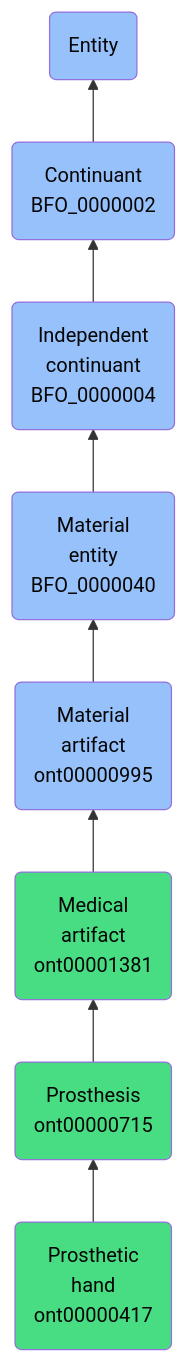
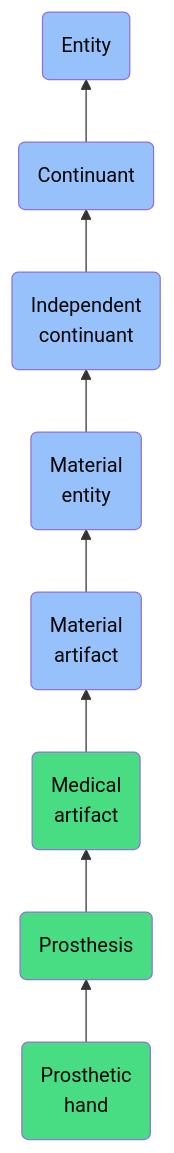
Before and after one commit to jupyter-naas/abi: the diagram in docs/ontology/reference/model/Entity/Continuant/Independent continuant/Material entity/Material artifact/Medical artifact/Prosthesis/Prosthetic hand/Prosthetic hand.md, drawn with Mermaid. The commit also changed other lines of this file and 1430 other files, not shown here.

````diff
--- a/docs/ontology/reference/model/Entity/Continuant/Independent continuant/Material entity/Material artifact/Medical artifact/Prosthesis/Prosthetic hand/Prosthetic hand.md
+++ b/docs/ontology/reference/model/Entity/Continuant/Independent continuant/Material entity/Material artifact/Medical artifact/Prosthesis/Prosthetic hand/Prosthetic hand.md
@@ -24,15 +24,15 @@
 ```mermaid
 graph BT
-    ont00000417(Prosthetic<br>hand<br>ont00000417):::ABI-->ont00000715
-    ont00000715(Prosthesis<br>ont00000715):::ABI-->ont00001381
-    ont00001381(Medical<br>artifact<br>ont00001381):::ABI-->ont00000995
-    ont00000995(Material<br>artifact<br>ont00000995):::BFO-->BFO_0000040
-    BFO_0000040(Material<br>entity<br>BFO_0000040):::BFO-->BFO_0000004
-    BFO_0000004(Independent<br>continuant<br>BFO_0000004):::BFO-->BFO_0000002
-    BFO_0000002(Continuant<br>BFO_0000002):::BFO-->BFO_0000001
+    ont00000417(Prosthetic<br>hand):::ABI-->ont00000715
+    ont00000715(Prosthesis):::ABI-->ont00001381
+    ont00001381(Medical<br>artifact):::ABI-->ont00000995
+    ont00000995(Material<br>artifact):::BFO-->BFO_0000040
+    BFO_0000040(Material<br>entity):::BFO-->BFO_0000004
+    BFO_0000004(Independent<br>continuant):::BFO-->BFO_0000002
+    BFO_0000002(Continuant):::BFO-->BFO_0000001
     BFO_0000001(Entity):::BFO
     
     classDef BFO fill:#97c1fb,color:#060606
     classDef CCO fill:#e4c51e,color:#060606
     classDef ABI fill:#48DD82,color:#060606
 ```
````
